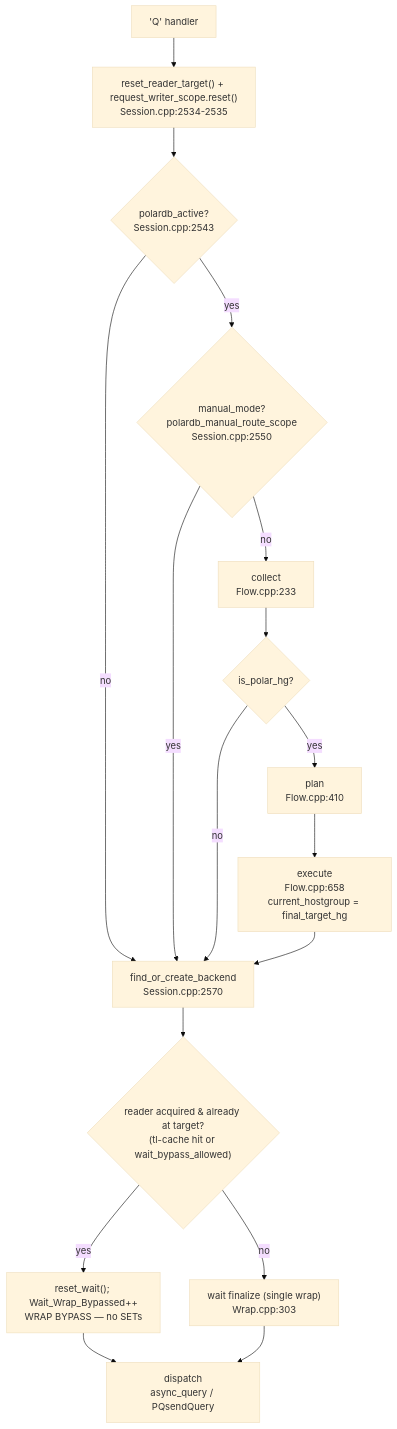
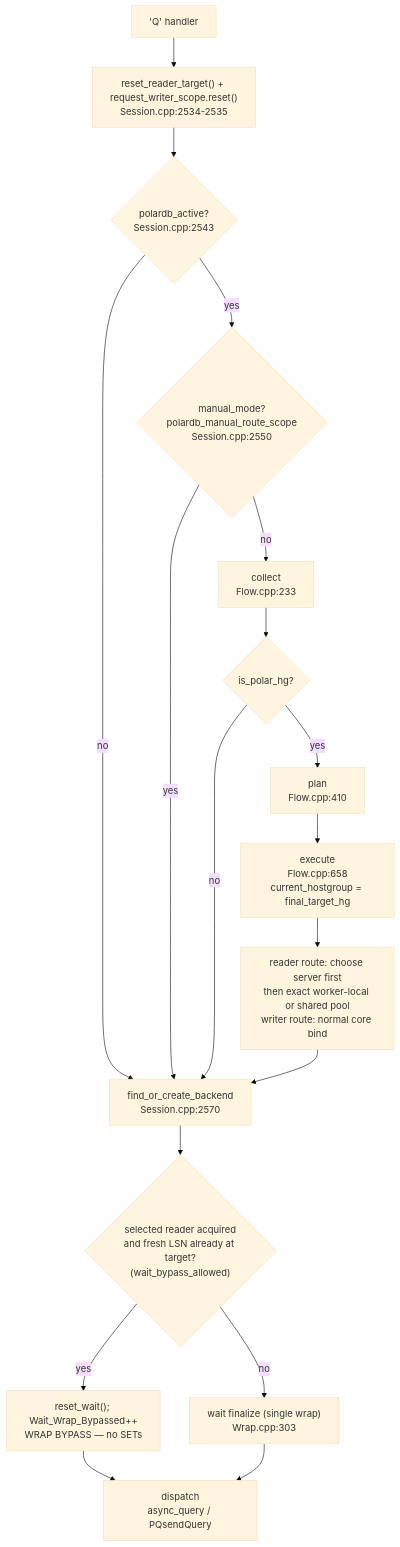
The first of 4 diagrams in doc/polardb-arch/06-ROUTING-PIPELINE.md (awide-labs/polar-proxy), drawn with Mermaid (base theme) before and after one commit. The commit also changed other lines of this file and 13 other files, not shown here.

First line of the commit message:
polardb: document routing, ReaderPool transfer, and locking

````diff
--- a/doc/polardb-arch/06-ROUTING-PIPELINE.md
+++ b/doc/polardb-arch/06-ROUTING-PIPELINE.md
@@ -943,19 +1268,20 @@
 ```mermaid
 flowchart TD
     A["'Q' handler"] --> R["reset_reader_target() + request_writer_scope.reset()\nSession.cpp:2534-2535"]
     R --> G{"polardb_active?\nSession.cpp:2543"}
     G -- no --> BIND["find_or_create_backend\nSession.cpp:2570"]
     G -- yes --> M{"manual_mode?\npolardb_manual_route_scope\nSession.cpp:2550"}
     M -- yes --> BIND
     M -- no --> C["collect\nFlow.cpp:233"]
     C --> P{"is_polar_hg?"}
     P -- no --> BIND
     P -- yes --> PL["plan\nFlow.cpp:410"]
     PL --> EX["execute\nFlow.cpp:658\ncurrent_hostgroup = final_target_hg"]
-    EX --> BIND
-    BIND --> BP{"reader acquired & already at target?\n(tl-cache hit or wait_bypass_allowed)"}
+    EX --> ACQ["reader route: choose server first\nthen exact worker-local or shared pool\nwriter route: normal core bind"]
+    ACQ --> BIND
+    BIND --> BP{"selected reader acquired\nand fresh LSN already at target?\n(wait_bypass_allowed)"}
     BP -- yes --> BYP["reset_wait(); Wait_Wrap_Bypassed++\nWRAP BYPASS — no SETs"]
     BP -- no --> WF["wait finalize (single wrap)\nWrap.cpp:303"]
     BYP --> D["dispatch\nasync_query / PQsendQuery"]
     WF --> D
 ```
````
